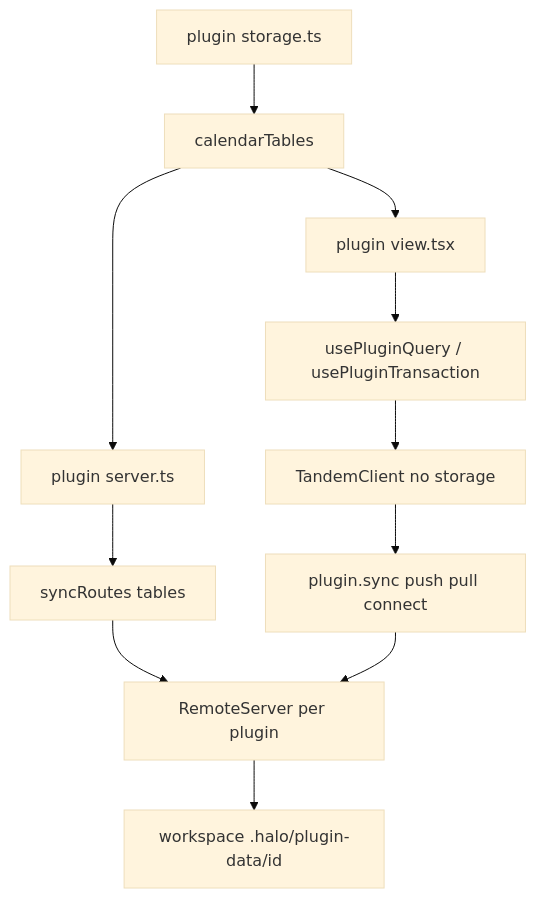
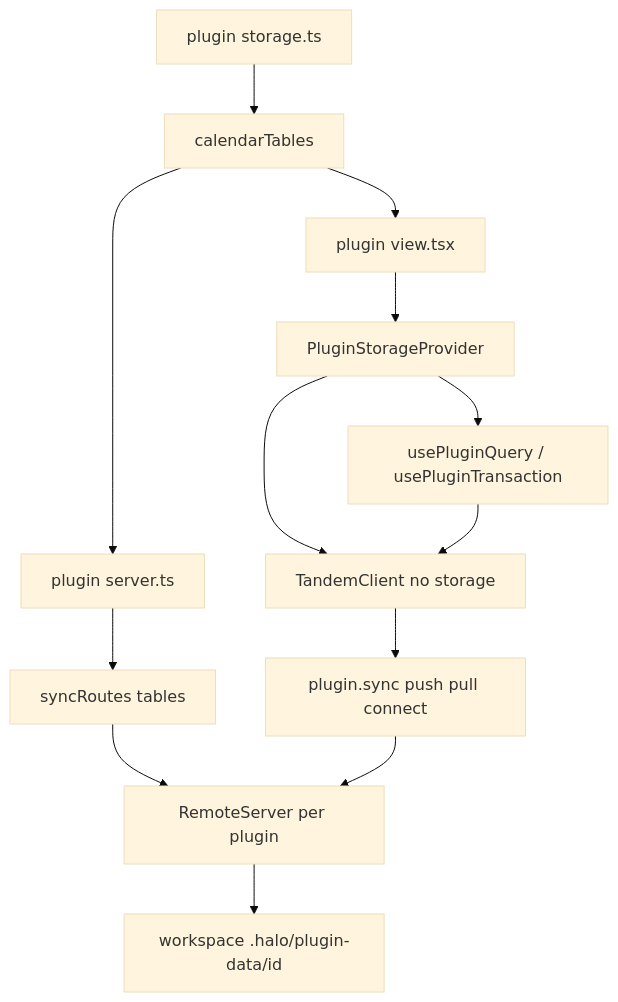
Before and after one commit to tanishqkancharla/halo-v2: the first of 2 diagrams in specs/plugin-storage.md, drawn with Mermaid (base theme). The commit also changed other lines of this file, not shown here.

First line of the commit message:
Put the plugin Tandem client on PluginStorageProvider.

````diff
--- a/specs/plugin-storage.md
+++ b/specs/plugin-storage.md
@@ -5,13 +5,15 @@
 ```mermaid
 flowchart TD
   storageTs["plugin storage.ts"] --> tables["calendarTables"]
   tables --> serverTs["plugin server.ts"]
   serverTs --> syncRoutesFn["syncRoutes tables"]
   syncRoutesFn --> remote["RemoteServer per plugin"]
   remote --> disk["workspace .halo/plugin-data/id"]
   tables --> viewTsx["plugin view.tsx"]
-  viewTsx --> hooks["usePluginQuery / usePluginTransaction"]
-  hooks --> client["TandemClient no storage"]
+  viewTsx --> provider["PluginStorageProvider"]
+  provider --> client["TandemClient no storage"]
+  provider --> hooks["usePluginQuery / usePluginTransaction"]
+  hooks --> client
   client --> orpcSync["plugin.sync push pull connect"]
   orpcSync --> remote
 ```
````
